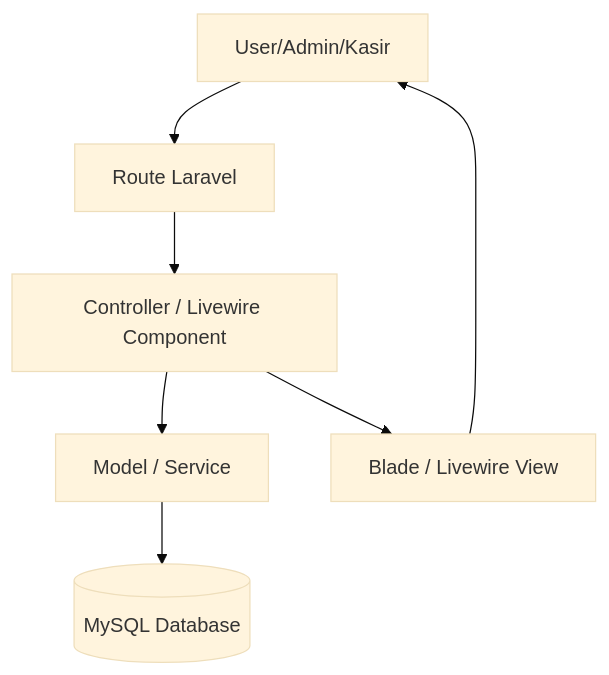
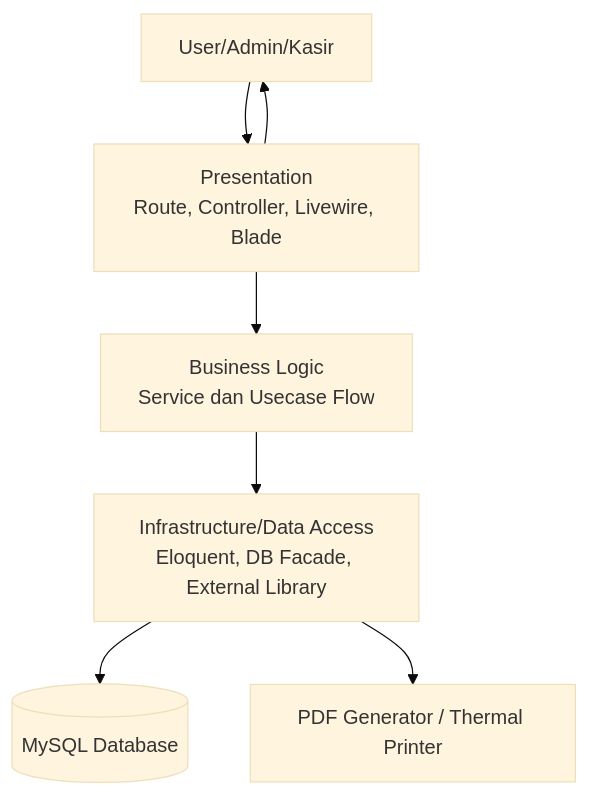
The first of 4 diagrams in README.md (wsantika/pos-nasiLawarUlucatu), drawn with Mermaid (base theme) before and after one commit. The commit also changed other lines of this file, not shown here.

Commit message:
docs: update README to reflect changes in architecture and design pattern references

````diff
--- a/README.md
+++ b/README.md
@@ -224,9 +226,9 @@
 ```mermaid
 flowchart TD
-    A[User/Admin/Kasir] --> B[Route Laravel]
-    B --> C[Controller / Livewire Component]
-    C --> D[Model / Service]
+    A[User/Admin/Kasir] --> B[Presentation<br/>Route, Controller, Livewire, Blade]
+    B --> C[Business Logic<br/>Service dan Usecase Flow]
+    C --> D[Infrastructure/Data Access<br/>Eloquent, DB Facade, External Library]
     D --> E[(MySQL Database)]
-    C --> F[Blade / Livewire View]
-    F --> A
+    D --> F[PDF Generator / Thermal Printer]
+    B --> A
 ```
````
